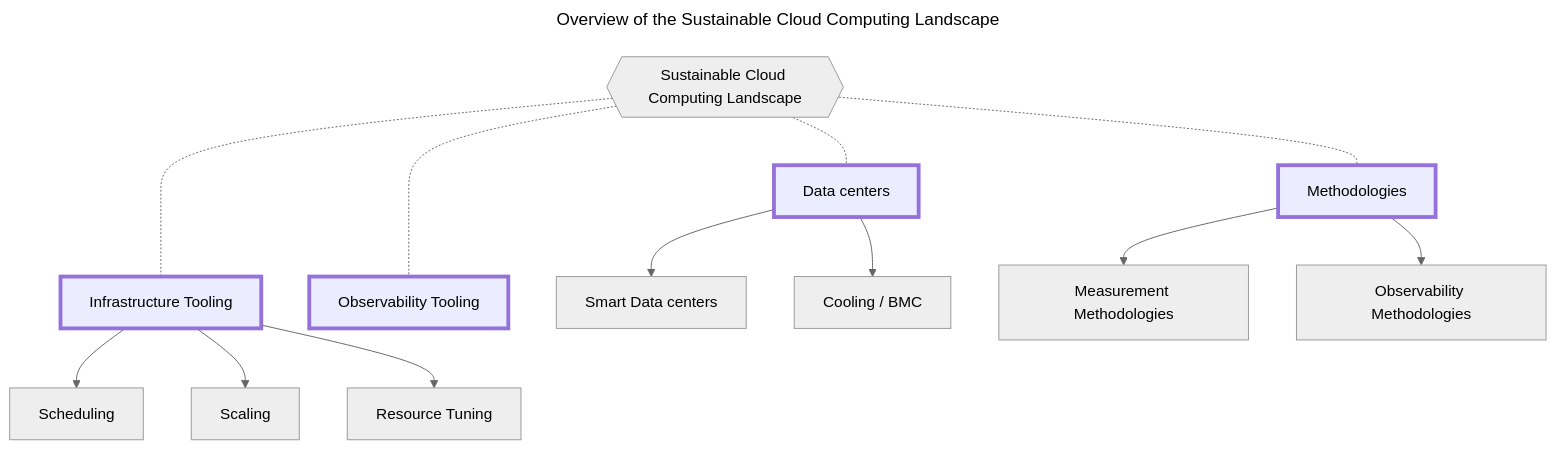
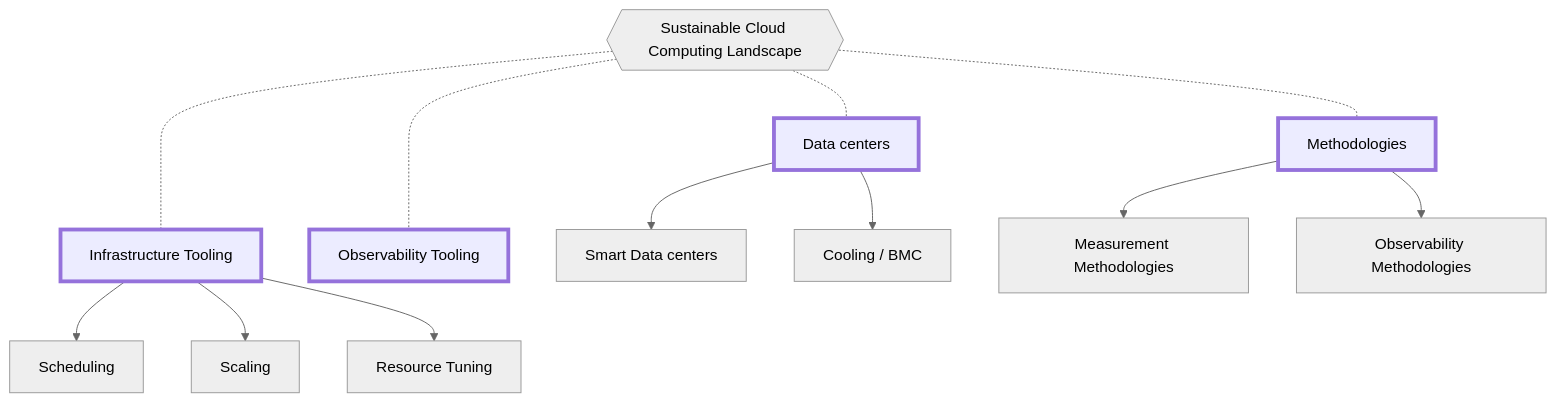
Before and after one commit to cncf/tag-env-sustainability: the first of 3 diagrams in website/content/about/SustainabilityUseCasesAndLandscape2023.md, drawn with Mermaid. The commit also changed other lines of this file and 1 other file, not shown here.

Commit message:
Remove titles from graphs since they are not supported by mermaid 8.8.1

````diff
--- a/website/content/about/SustainabilityUseCasesAndLandscape2023.md
+++ b/website/content/about/SustainabilityUseCasesAndLandscape2023.md
@@ -209,15 +209,12 @@
 ```mermaid
----
-title: Overview of the Sustainable Cloud Computing Landscape
----
 %%{init: {'theme':'neutral'}}%%
 flowchart TB
     root{{Sustainable Cloud Computing Landscape}} -.- dc[Data centers] & methodologies[Methodologies]
     root -..- infra[Infrastructure Tooling] & obs[Observability Tooling]
     dc --> smart_dc[Smart Data centers] & cooling[Cooling / BMC]
     methodologies --> measurement[Measurement Methodologies] & obs_methodologies[Observability Methodologies]
     infra --> scheduling[Scheduling] & scaling[Scaling] & tuning[Resource Tuning]
 
     classDef dimensions fill:#ececff,stroke:#9572db,stroke-width:4px
     class dc,methodologies,infra,obs dimensions;
 ```
````
